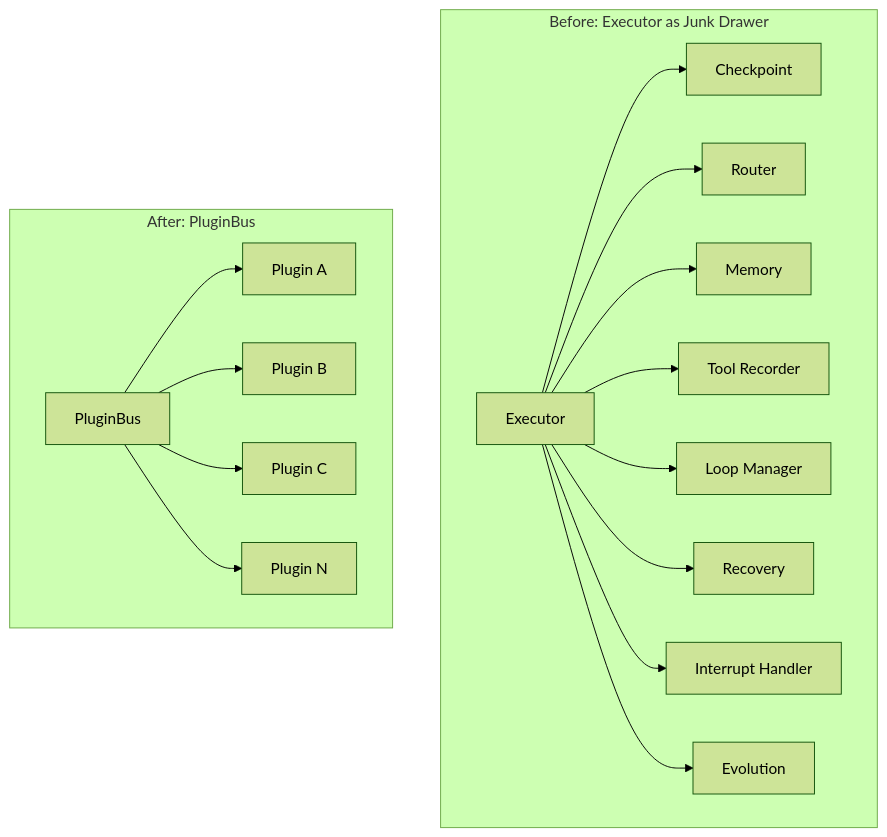
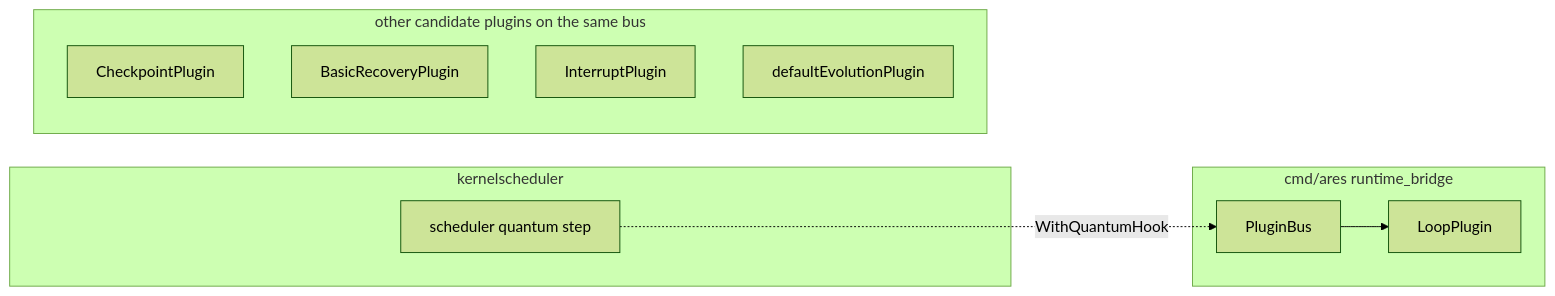
One commit to Timwood0x10/ARES changed the third of 3 diagrams in docs/articles/en/14-plugin-system-deep-dive.md. Above: the diagram before and after it, drawn with Mermaid (forest theme). The commit also changed other lines of this file and 2423 other files, not shown here.

````diff
--- a/docs/articles/en/14-plugin-system-deep-dive.md
+++ b/docs/articles/en/14-plugin-system-deep-dive.md
@@ -18,20 +152,18 @@
 ```mermaid
-graph TB
-    subgraph "Before: Executor as Junk Drawer"
-        E[Executor] --> CP[Checkpoint]
-        E --> RT[Router]
-        E --> MM[Memory]
-        E --> TL[Tool Recorder]
-        E --> LP[Loop Manager]
-        E --> RV[Recovery]
-        E --> IR[Interrupt Handler]
-        E --> ER[Evolution]
+flowchart LR
+    subgraph kernel[kernelscheduler]
+        QS[scheduler quantum step]
     end
-
-    subgraph "After: PluginBus"
-        PB[PluginBus] --> P1[Plugin A]
-        PB --> P2[Plugin B]
-        PB --> P3[Plugin C]
-        PB --> PN[Plugin N]
+    subgraph assembly[cmd/ares runtime_bridge]
+        BUS[PluginBus]
+        LOOP[LoopPlugin]
+    end
+    QS -. WithQuantumHook .-> BUS
+    BUS --> LOOP
+    subgraph concerns[other candidate plugins on the same bus]
+        CP[CheckpointPlugin]
+        REC[BasicRecoveryPlugin]
+        IRQ[InterruptPlugin]
+        EV[defaultEvolutionPlugin]
     end
 ```
````
